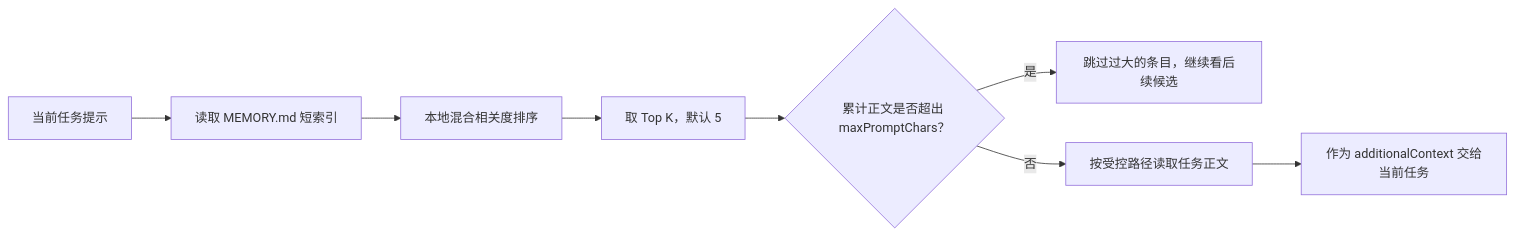
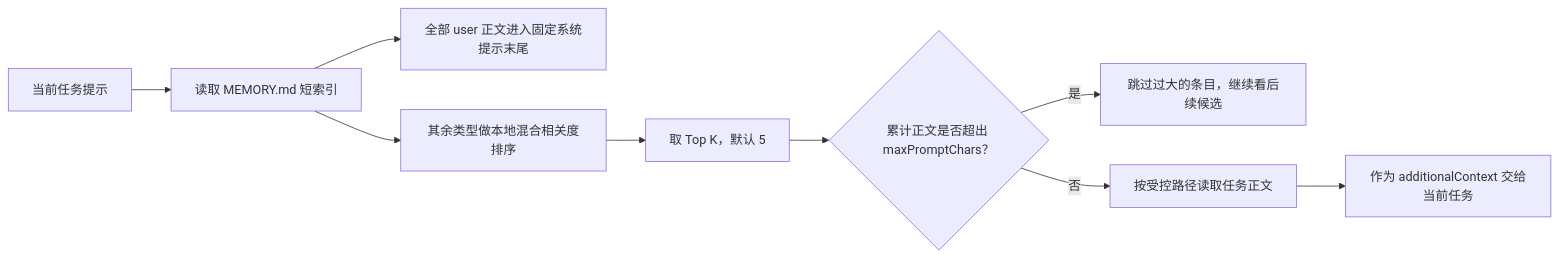
Diagram 13 of 40 in 技术方案报告.md (YachuanWzh/flavor-code), drawn with Mermaid before and after one commit. The commit also changed other lines of this file and 11 other files, not shown here.

````diff
--- a/技术方案报告.md
+++ b/技术方案报告.md
@@ -907,10 +907,11 @@
 ```mermaid
 flowchart LR
     Q["当前任务提示"] --> I["读取 MEMORY.md 短索引"]
-    I --> R["本地混合相关度排序"]
+    I --> U["全部 user 正文进入固定系统提示末尾"]
+    I --> R["其余类型做本地混合相关度排序"]
     R --> T["取 Top K，默认 5"]
     T --> P{"累计正文是否超出 maxPromptChars？"}
     P -->|是| S["跳过过大的条目，继续看后续候选"]
     P -->|否| L["按受控路径读取任务正文"]
     L --> C["作为 additionalContext 交给当前任务"]
 ```
````
